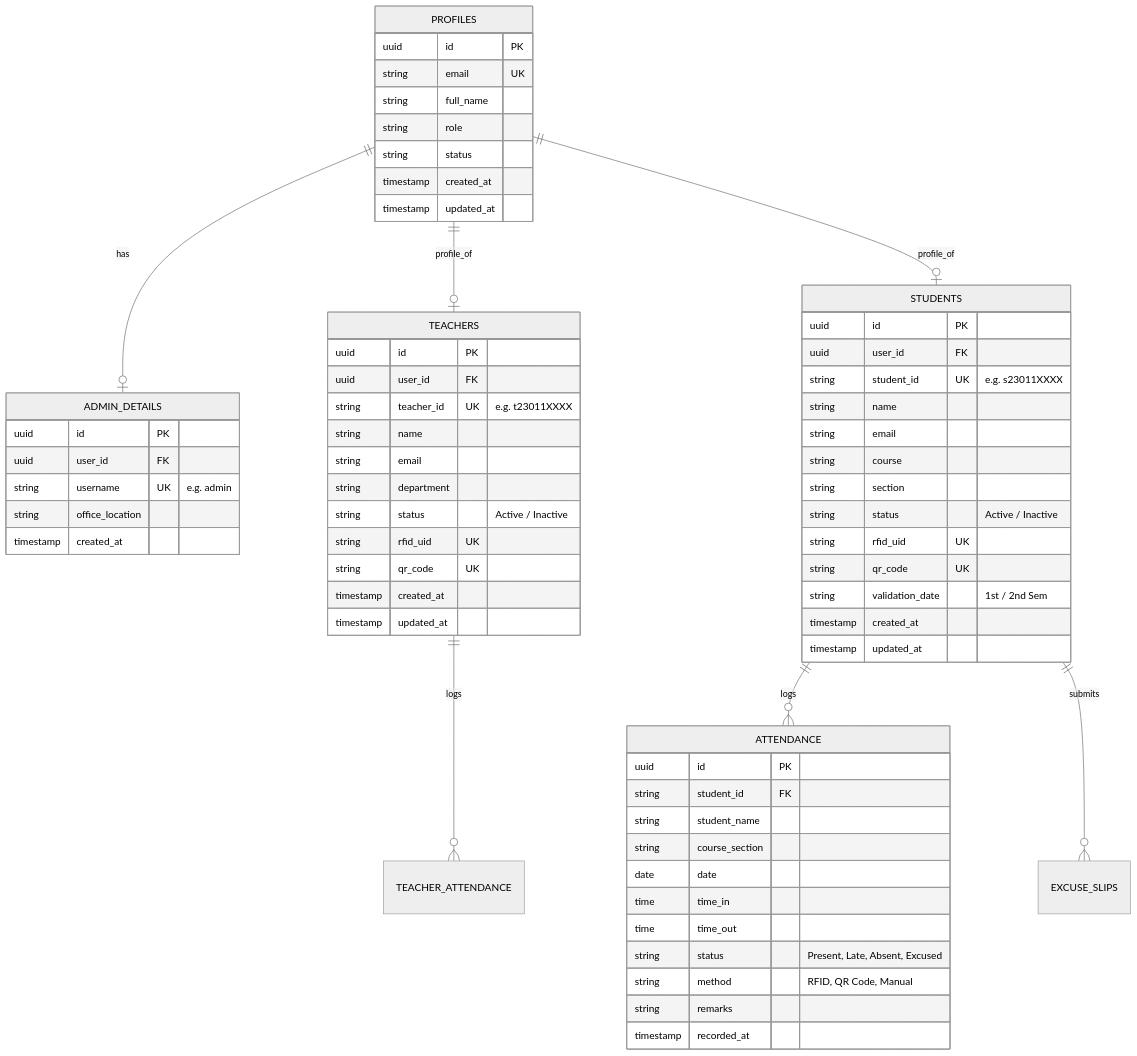
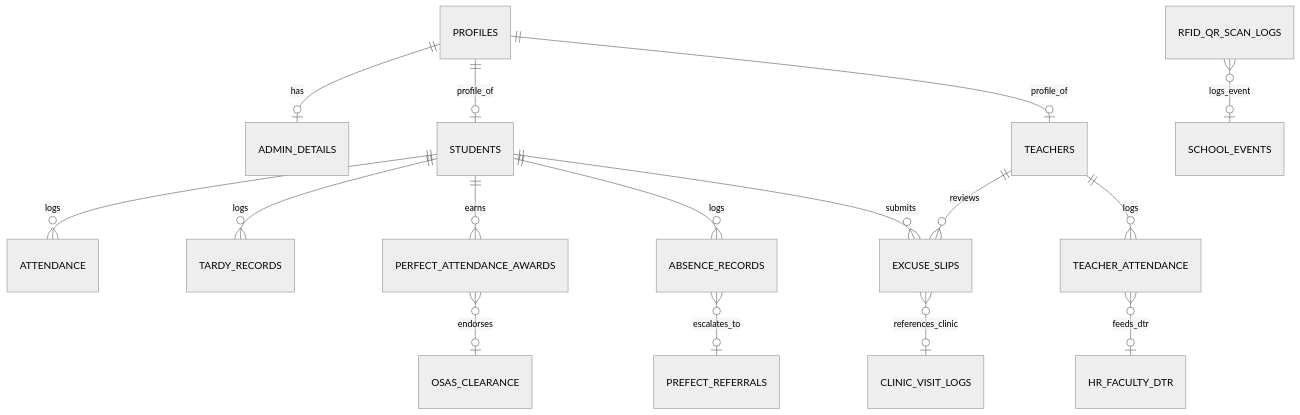
One commit to jaynzxc/SMS1-AMS changed the diagram in docs/database/database_schema_design.md. Above: the diagram before and after it, drawn with Mermaid (neutral theme). The commit also changed other lines of this file and 25 other files, not shown here.

Commit message:
docs(architecture): align 14 domain skills and technical specs with 10 official AMS submodules and SMS 1 bridges

````diff
--- a/docs/database/database_schema_design.md
+++ b/docs/database/database_schema_design.md
@@ -16,71 +10,19 @@
 ```mermaid
 erDiagram
     PROFILES ||--o| ADMIN_DETAILS : has
     PROFILES ||--o| TEACHERS : profile_of
     PROFILES ||--o| STUDENTS : profile_of
     STUDENTS ||--o{ ATTENDANCE : logs
+    STUDENTS ||--o{ TARDY_RECORDS : logs
+    STUDENTS ||--o{ ABSENCE_RECORDS : logs
+    STUDENTS ||--o{ EXCUSE_SLIPS : submits
+    STUDENTS ||--o{ PERFECT_ATTENDANCE_AWARDS : earns
     TEACHERS ||--o{ TEACHER_ATTENDANCE : logs
-    STUDENTS ||--o{ EXCUSE_SLIPS : submits
+    TEACHERS ||--o{ EXCUSE_SLIPS : reviews
 
-    PROFILES {
-        uuid id PK
-        string email UK
-        string full_name
-        string role
-        string status
-        timestamp created_at
-        timestamp updated_at
-    }
-
-    STUDENTS {
-        uuid id PK
-        uuid user_id FK
-        string student_id UK "e.g. s23011XXXX"
-        string name
-        string email
-        string course
-        string section
-        string status "Active / Inactive"
-        string rfid_uid UK
-        string qr_code UK
-        string validation_date "1st / 2nd Sem"
-        timestamp created_at
-        timestamp updated_at
-    }
-
-    TEACHERS {
-        uuid id PK
-        uuid user_id FK
-        string teacher_id UK "e.g. t23011XXXX"
-        string name
-        string email
-        string department
-        string status "Active / Inactive"
-        string rfid_uid UK
-        string qr_code UK
-        timestamp created_at
-        timestamp updated_at
-    }
-
-    ADMIN_DETAILS {
-        uuid id PK
-        uuid user_id FK
-        string username UK "e.g. admin"
-        string office_location
-        timestamp created_at
-    }
-
-    ATTENDANCE {
-        uuid id PK
-        string student_id FK
-        string student_name
-        string course_section
-        date date
-        time time_in
-        time time_out
-        string status "Present, Late, Absent, Excused"
-        string method "RFID, QR Code, Manual"
-        string remarks
-        timestamp recorded_at
-    }
+    EXCUSE_SLIPS }o--o| CLINIC_VISIT_LOGS : references_clinic
+    ABSENCE_RECORDS }o--o| PREFECT_REFERRALS : escalates_to
+    TEACHER_ATTENDANCE }o--o| HR_FACULTY_DTR : feeds_dtr
+    PERFECT_ATTENDANCE_AWARDS }o--o| OSAS_CLEARANCE : endorses
+    RFID_QR_SCAN_LOGS }o--o| SCHOOL_EVENTS : logs_event
 ```
````
